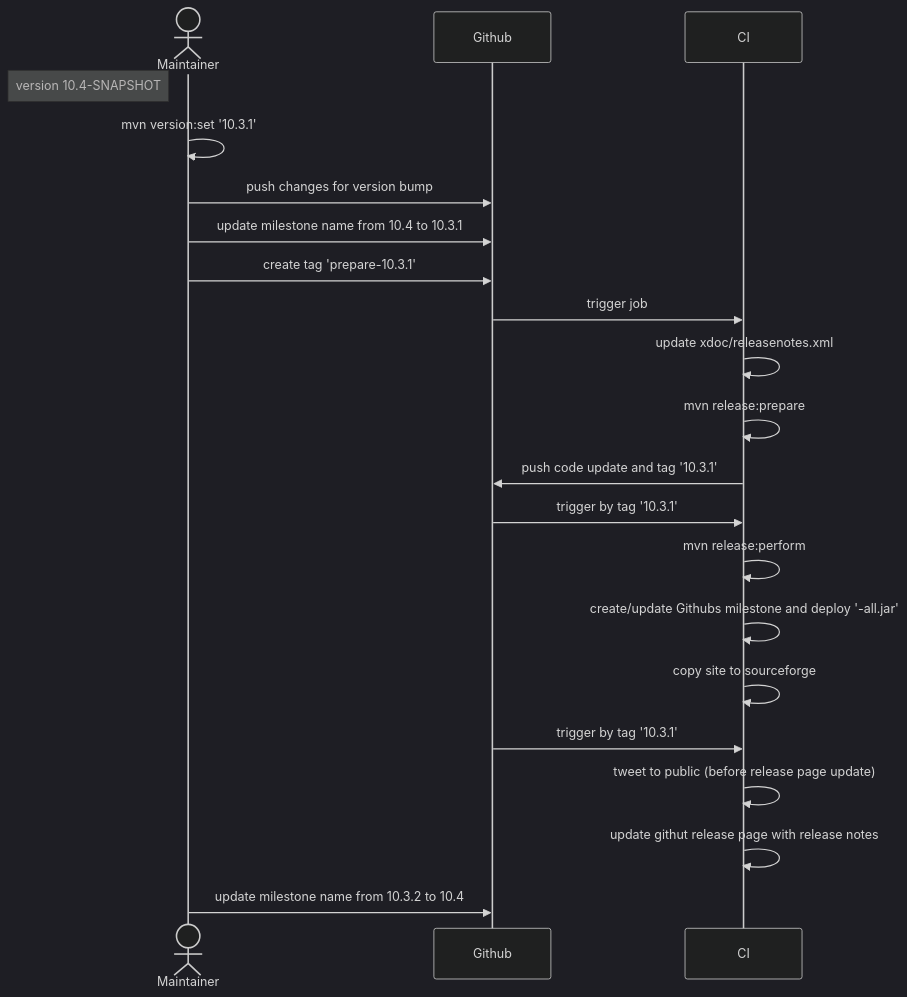
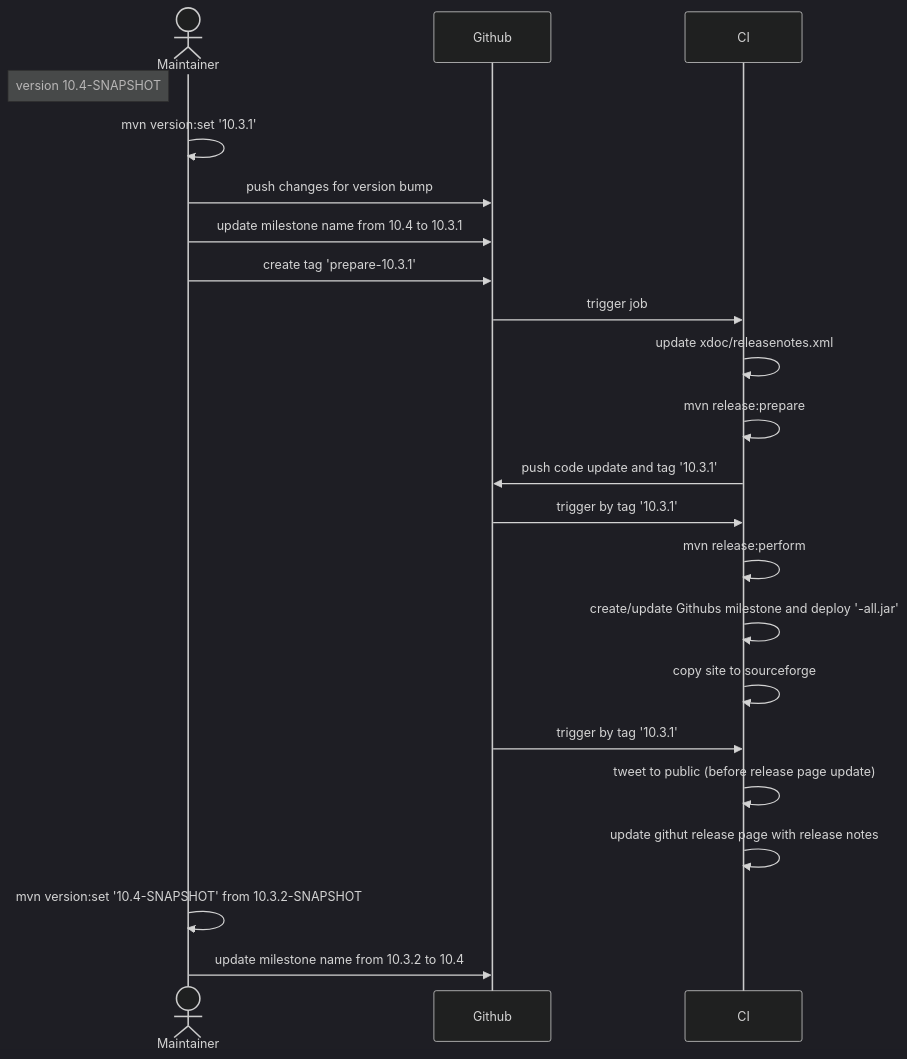
One commit to checkstyle/contribution changed the diagram in releasenotes-builder/diagrams.md. Above: the diagram before and after it, drawn with Mermaid (dark theme).

Commit message:
doc: update release sequence

````diff
--- a/releasenotes-builder/diagrams.md
+++ b/releasenotes-builder/diagrams.md
@@ -5,26 +5,27 @@
 ```mermaid
 sequenceDiagram
     actor Maintainer
     participant Github
     participant CI
     Note left of Maintainer: version 10.4-SNAPSHOT
     Maintainer->>Maintainer: mvn version:set '10.3.1'
     Maintainer->>Github: push changes for version bump
     Maintainer->>Github: update milestone name from 10.4 to 10.3.1
     Maintainer->>Github: create tag 'prepare-10.3.1'
     Github->>CI: trigger job
     CI->>CI: update xdoc/releasenotes.xml
     CI->>CI: mvn release:prepare
     CI->>Github: push code update and tag '10.3.1'
 
     Github->>CI: trigger by tag '10.3.1'
     CI->>CI: mvn release:perform
     CI->>CI: create/update Githubs milestone and deploy '-all.jar'
     CI->>CI: copy site to sourceforge
 
     Github->>CI: trigger by tag '10.3.1'
     CI->>CI: tweet to public (before release page update)
     CI->>CI: update githut release page with release notes
 
+    Maintainer->>Maintainer: mvn version:set '10.4-SNAPSHOT' from 10.3.2-SNAPSHOT
     Maintainer->>Github: update milestone name from 10.3.2 to 10.4
 ```
````
